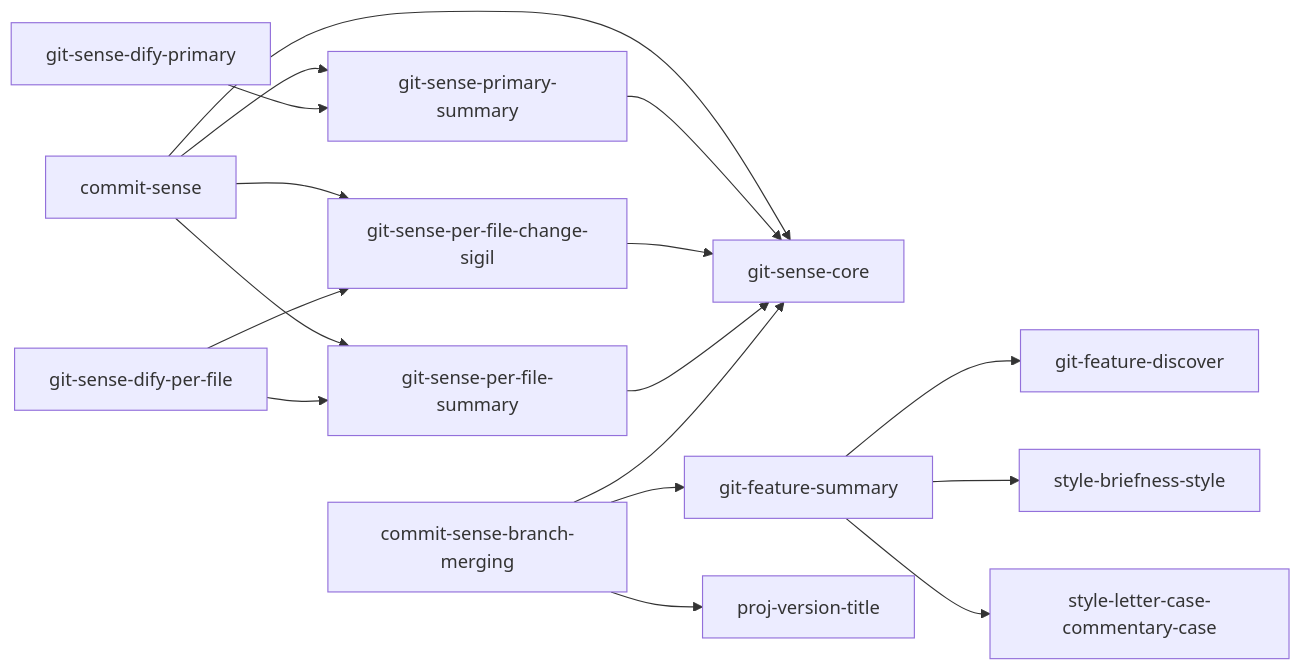
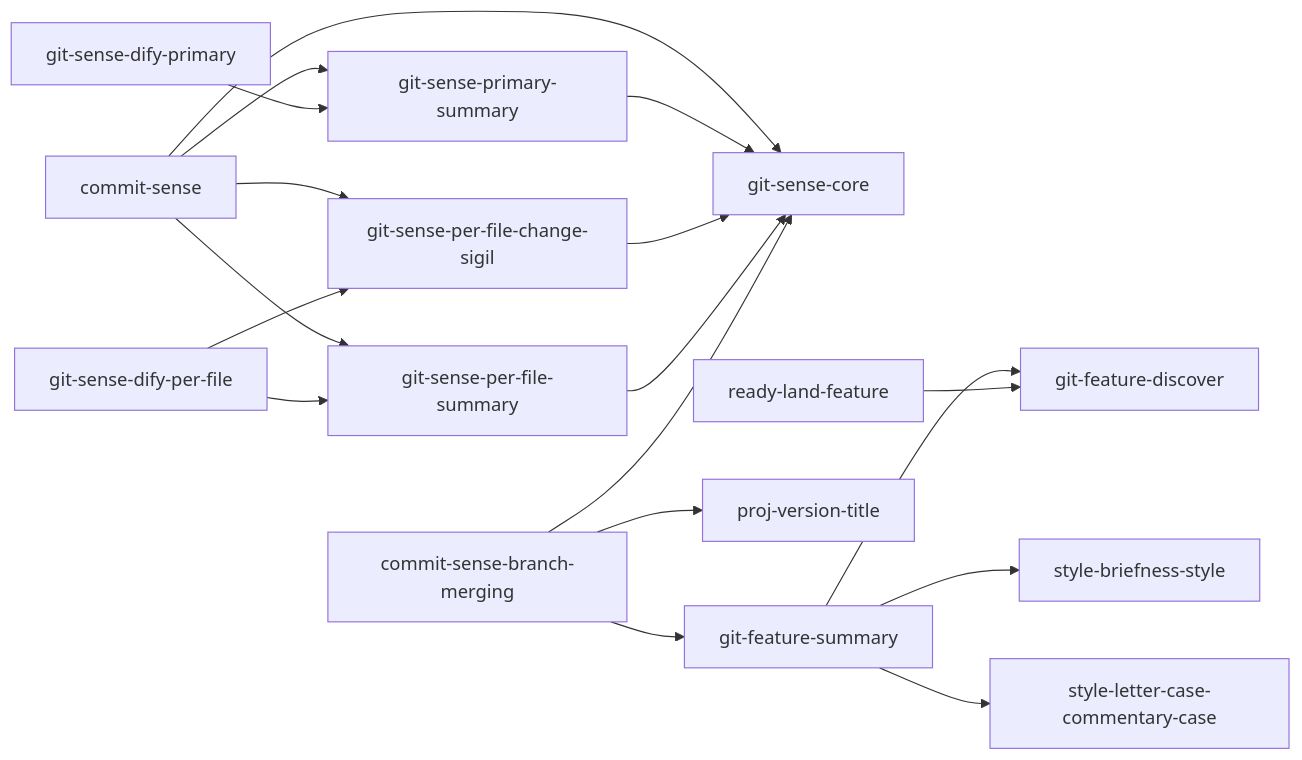
One commit to kami-lel/kaye-library changed the third of 7 diagrams in docs/blueprint-doc.md. Above: the diagram before and after it, drawn with Mermaid. The commit also changed 3 other files, not shown here.

First line of the commit message:
rename Ready-for sections; landing prep reuses feature discover

````diff
--- a/docs/blueprint-doc.md
+++ b/docs/blueprint-doc.md
@@ -76,19 +76,20 @@
 ```mermaid
 flowchart LR
     commit_sense["commit-sense"] --> git_sense_core["git-sense-core"]
     commit_sense --> git_sense_primary_summary["git-sense-primary-summary"]
     commit_sense --> git_sense_per_file_change_sigil["git-sense-per-file-change-sigil"]
     commit_sense --> git_sense_per_file_summary["git-sense-per-file-summary"]
     git_sense_primary_summary --> git_sense_core
     git_sense_per_file_change_sigil --> git_sense_core
     git_sense_per_file_summary --> git_sense_core
     commit_sense_branch_merging["commit-sense-branch-merging"] --> git_sense_core
     commit_sense_branch_merging --> git_feature_summary["git-feature-summary"]
     commit_sense_branch_merging --> proj_version_title["proj-version-title"]
     git_sense_dify_primary["git-sense-dify-primary"] --> git_sense_primary_summary
     git_sense_dify_per_file["git-sense-dify-per-file"] --> git_sense_per_file_change_sigil
     git_sense_dify_per_file --> git_sense_per_file_summary
     git_feature_summary["git-feature-summary"] --> git_feature_discover["git-feature-discover"]
+    ready_land_feature["ready-land-feature"] --> git_feature_discover
     git_feature_summary --> style_briefness_style["style-briefness-style"]
     git_feature_summary --> style_letter_case_commentary_case["style-letter-case-commentary-case"]
 ```
````
